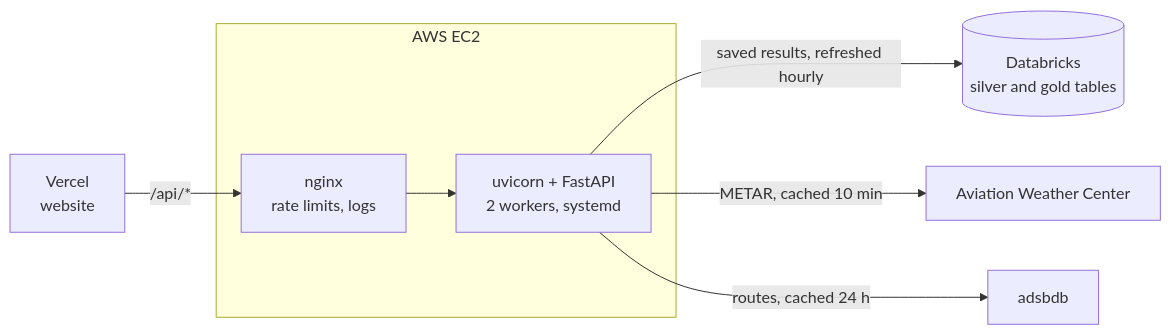
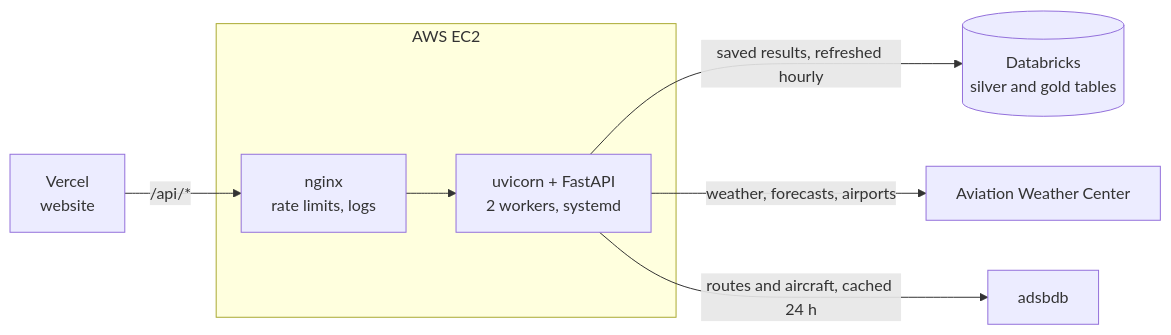
Before and after one commit to MUMBA-Amos/flightpulse-api: the diagram in README.md, drawn with Mermaid. The commit also changed other lines of this file and 6 other files, not shown here.

````diff
--- a/README.md
+++ b/README.md
@@ -9,12 +9,12 @@
 ```mermaid
 flowchart LR
     V[Vercel<br/>website] -- /api/* --> N
 
     subgraph EC2 [AWS EC2]
         N[nginx<br/>rate limits, logs] --> U[uvicorn + FastAPI<br/>2 workers, systemd]
     end
 
     U -- saved results, refreshed hourly --> DB[(Databricks<br/>silver and gold tables)]
-    U -- METAR, cached 10 min --> AWC[Aviation Weather Center]
-    U -- routes, cached 24 h --> ADS[adsbdb]
+    U -- weather, forecasts, airports --> AWC[Aviation Weather Center]
+    U -- routes and aircraft, cached 24 h --> ADS[adsbdb]
 ```
````
